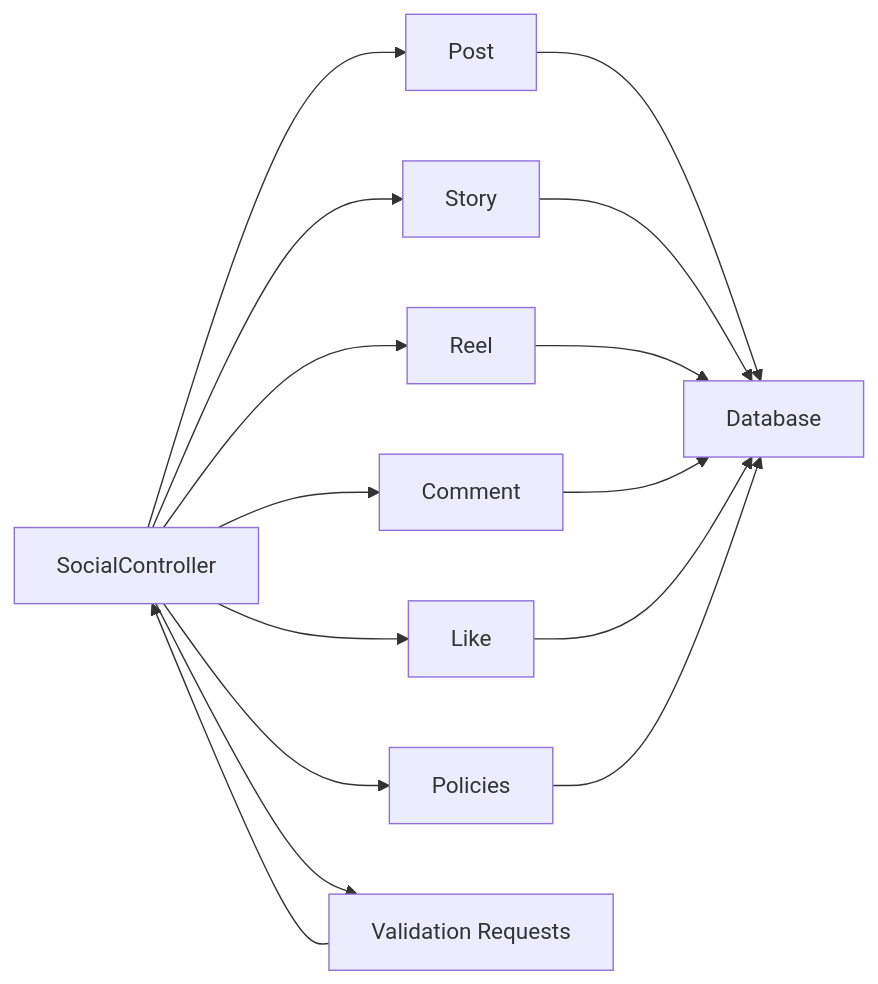
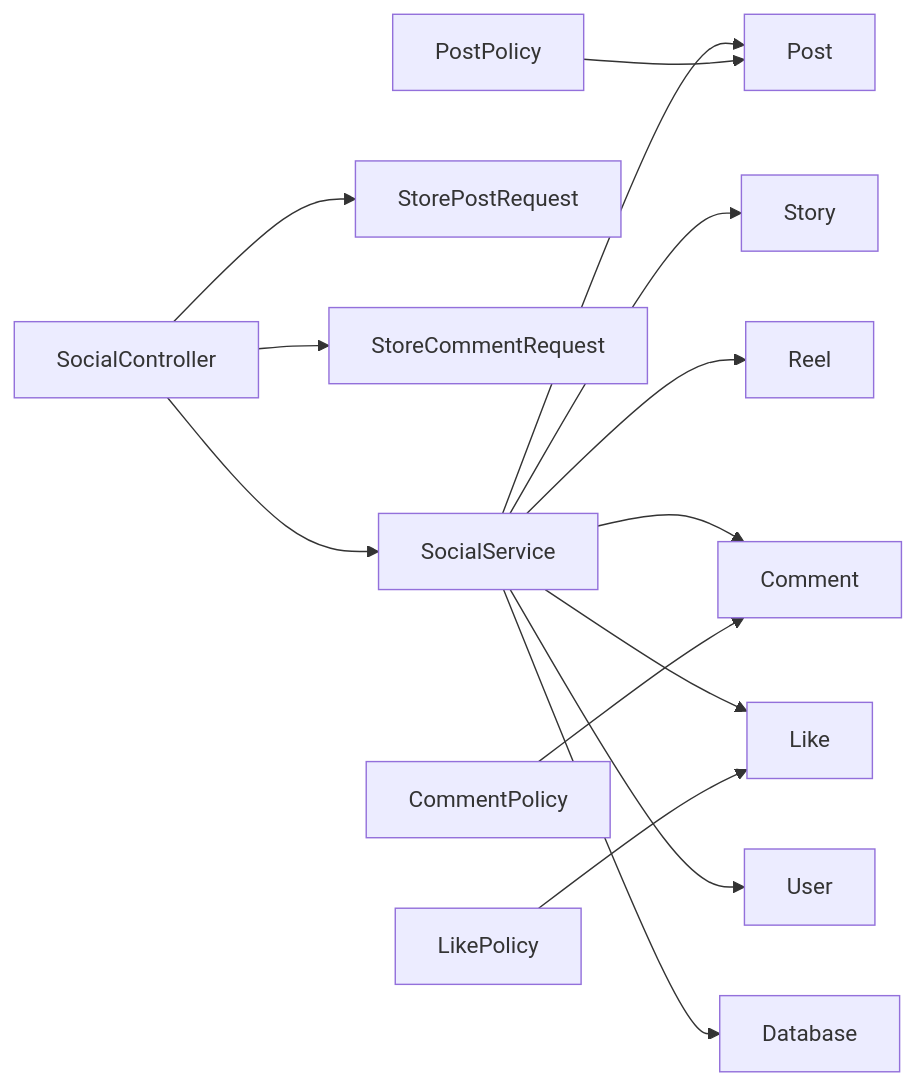
Before and after one commit to VenokM05/Travel_Project: diagram 16 of 16 in .qoder/repowiki/en/content/Social Features.md, drawn with Mermaid. The commit also changed other lines of this file and 12 other files, not shown here.

````diff
--- a/.qoder/repowiki/en/content/Social Features.md
+++ b/.qoder/repowiki/en/content/Social Features.md
@@ -598,17 +840,16 @@
 ```mermaid
 graph LR
-SC["SocialController"] --> P["Post"]
-SC --> S["Story"]
-SC --> R["Reel"]
-SC --> C["Comment"]
-SC --> L["Like"]
-SC --> POL["Policies"]
-SC --> REQ["Validation Requests"]
-P --> DB["Database"]
-S --> DB
-R --> DB
-C --> DB
-L --> DB
-POL --> DB
-REQ --> SC
+SC["SocialController"] --> SS["SocialService"]
+SC --> SPR["StorePostRequest"]
+SC --> SCR["StoreCommentRequest"]
+SS --> P["Post"]
+SS --> S["Story"]
+SS --> R["Reel"]
+SS --> C["Comment"]
+SS --> L["Like"]
+SS --> U["User"]
+SS --> DB["Database"]
+SPOL["PostPolicy"] --> P
+CPOL["CommentPolicy"] --> C
+LPOL["LikePolicy"] --> L
 ```
````
